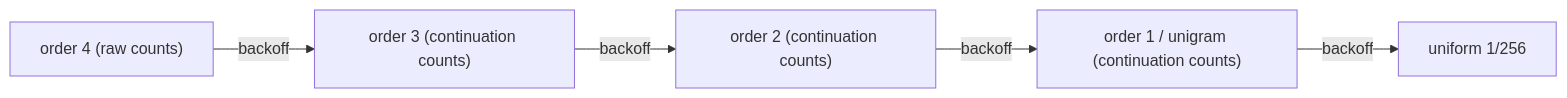
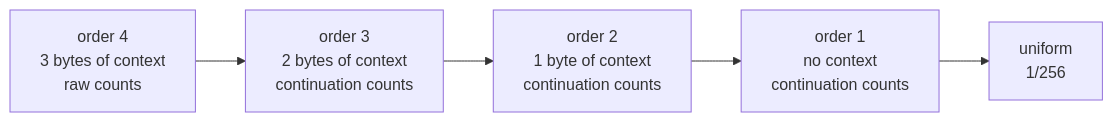
Before and after one commit to cfcmadlad/kv-cache-nlp: the second of 3 diagrams in README.md, drawn with Mermaid. The commit also changed other lines of this file and 17 other files, not shown here.

````diff
--- a/README.md
+++ b/README.md
@@ -113,7 +343,7 @@
 ```mermaid
 flowchart LR
-    O4["order 4 (raw counts)"] -->|backoff| O3["order 3 (continuation counts)"]
-    O3 -->|backoff| O2["order 2 (continuation counts)"]
-    O2 -->|backoff| O1["order 1 / unigram (continuation counts)"]
-    O1 -->|backoff| U["uniform 1/256"]
+    O4["order 4<br/>3 bytes of context<br/>raw counts"] --> O3["order 3<br/>2 bytes of context<br/>continuation counts"]
+    O3 --> O2["order 2<br/>1 byte of context<br/>continuation counts"]
+    O2 --> O1["order 1<br/>no context<br/>continuation counts"]
+    O1 --> U["uniform<br/>1/256"]
 ```
````
